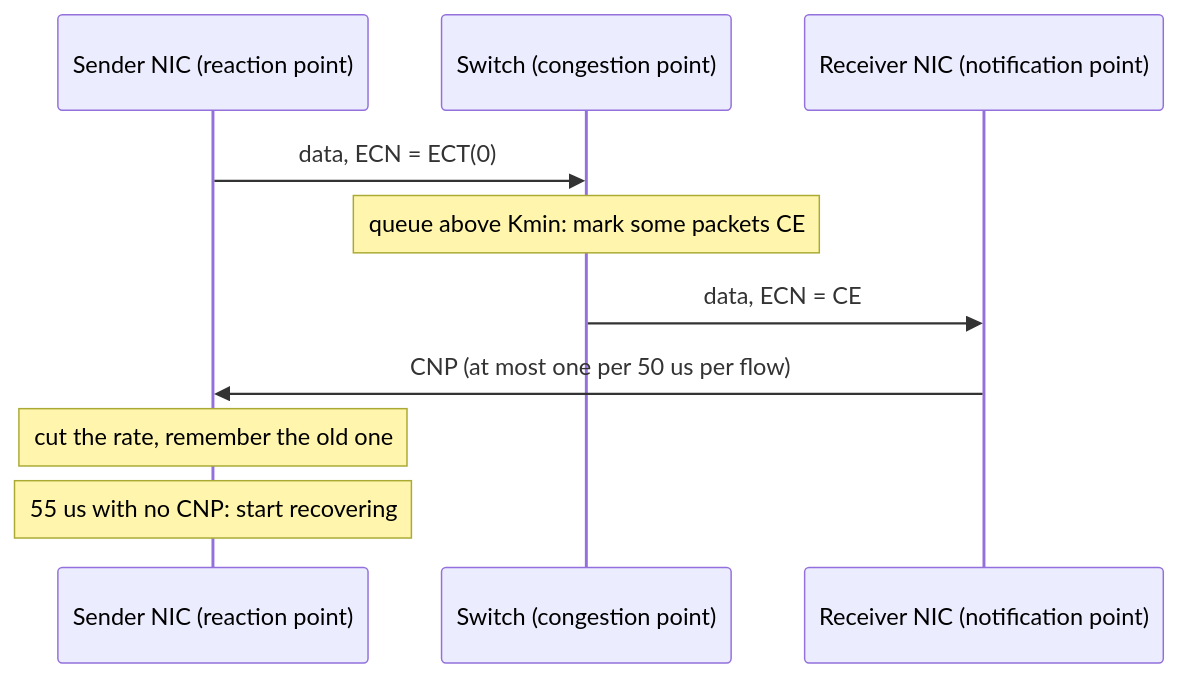
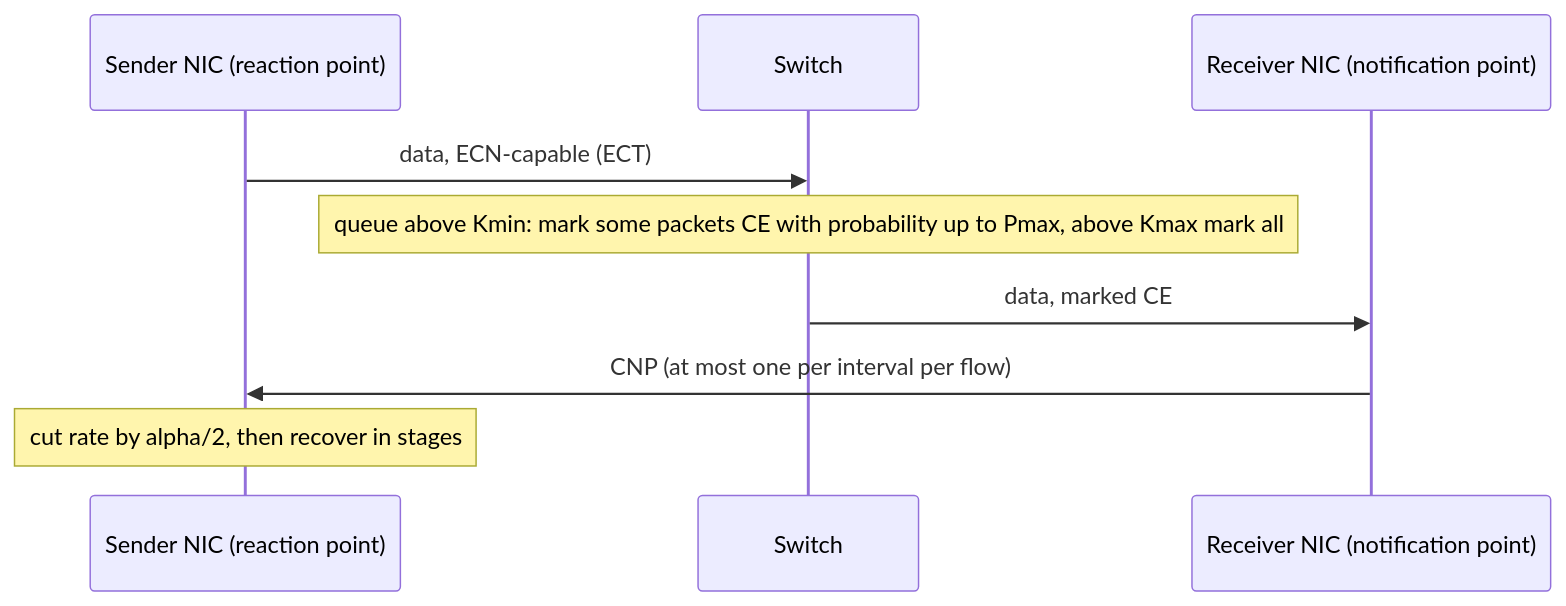
The second of 2 diagrams in 07_networking/12_rdma_roce_and_lossless_fabrics.md (Princeahrwar/Study), drawn with Mermaid before and after one commit. The commit also changed other lines of this file, not shown here.

````diff
--- a/07_networking/12_rdma_roce_and_lossless_fabrics.md
+++ b/07_networking/12_rdma_roce_and_lossless_fabrics.md
@@ -726,12 +381,11 @@
 ```mermaid
 sequenceDiagram
-    participant RP as Sender NIC (reaction point)
-    participant CP as Switch (congestion point)
-    participant NP as Receiver NIC (notification point)
-    RP->>CP: data, ECN = ECT(0)
-    Note over CP: queue above Kmin: mark some packets CE
-    CP->>NP: data, ECN = CE
-    NP->>RP: CNP (at most one per 50 us per flow)
-    Note over RP: cut the rate, remember the old one
-    Note over RP: 55 us with no CNP: start recovering
+  participant S as Sender NIC (reaction point)
+  participant W as Switch
+  participant R as Receiver NIC (notification point)
+  S->>W: data, ECN-capable (ECT)
+  Note over W: queue above Kmin: mark some packets CE with probability up to Pmax, above Kmax mark all
+  W->>R: data, marked CE
+  R->>S: CNP (at most one per interval per flow)
+  Note over S: cut rate by alpha/2, then recover in stages
 ```
````
